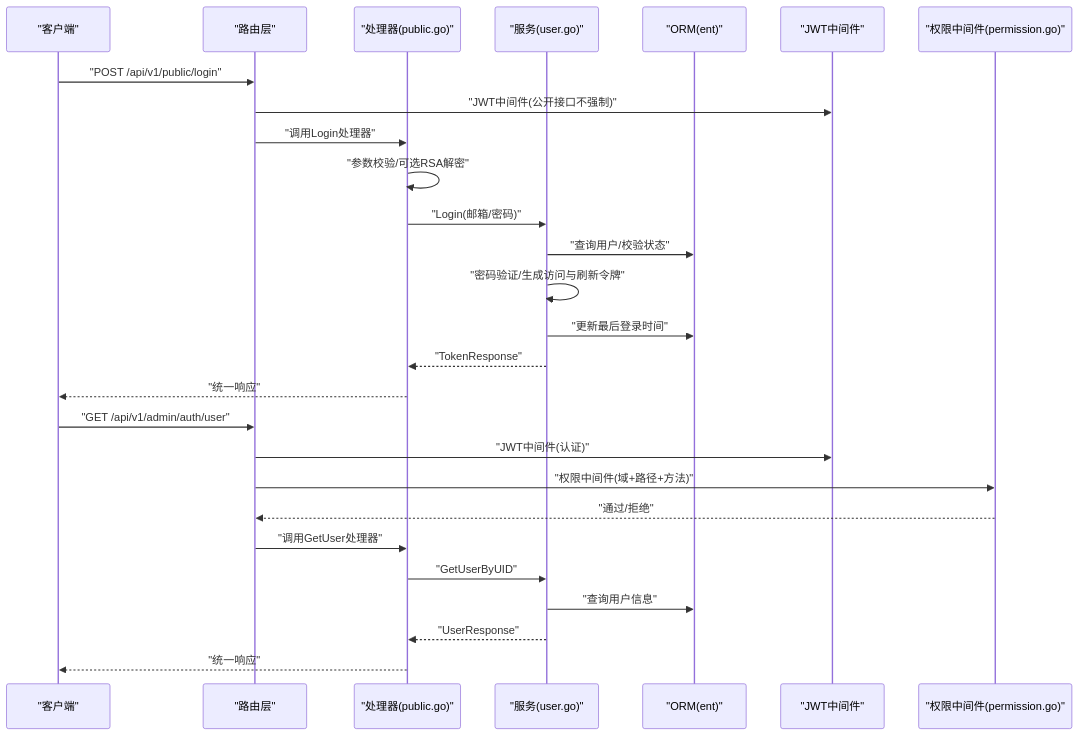
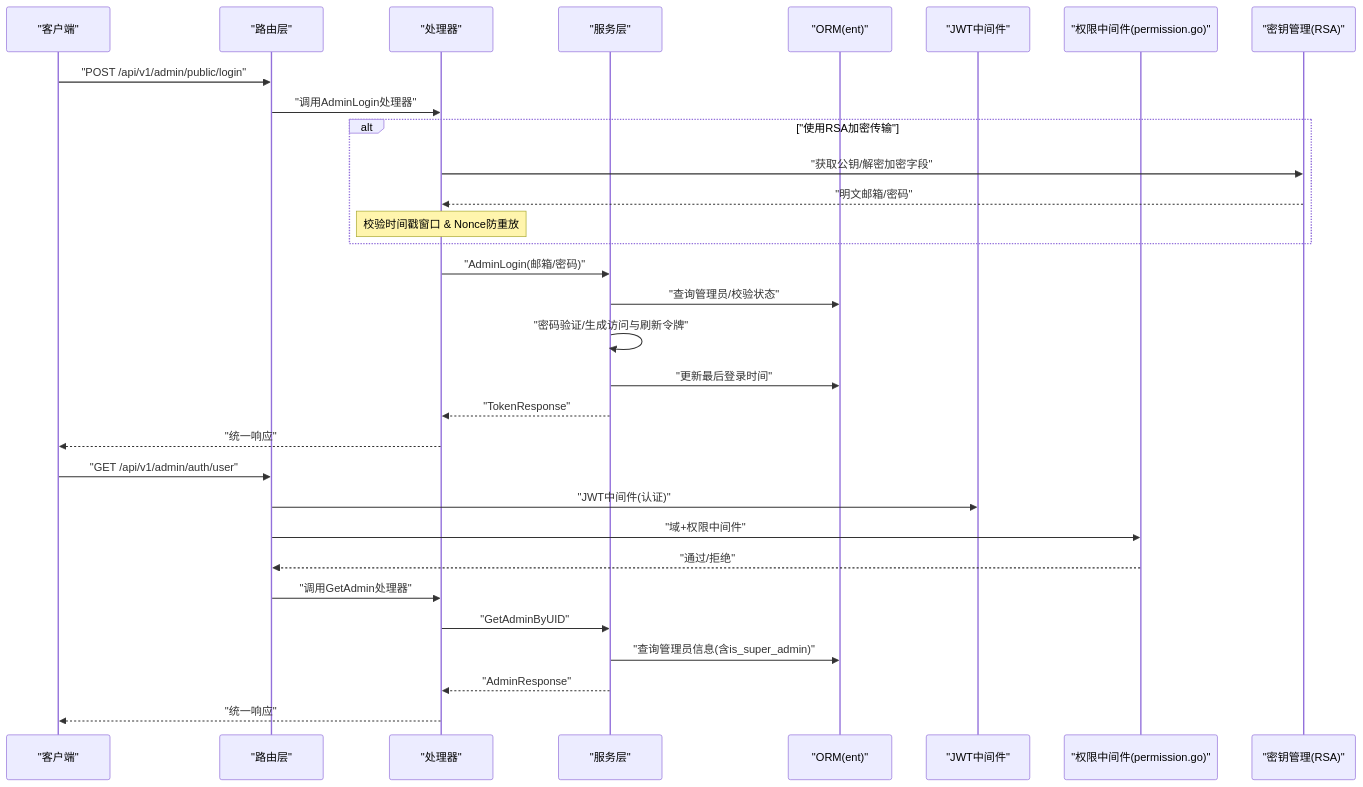
One commit to wuwuseo/e-sports-go-admin changed the second of 8 diagrams in .qoder/repowiki/zh/content/核心模块/用户认证模块.md. Above: the diagram before and after it, drawn with Mermaid. The commit also changed other lines of this file and 42 other files, not shown here.

````diff
--- a/.qoder/repowiki/zh/content/核心模块/用户认证模块.md
+++ b/.qoder/repowiki/zh/content/核心模块/用户认证模块.md
@@ -105,29 +116,33 @@
 ```mermaid
 sequenceDiagram
 participant C as "客户端"
 participant R as "路由层"
-participant H as "处理器(public.go)"
-participant S as "服务(user.go)"
+participant H as "处理器"
+participant S as "服务层"
 participant O as "ORM(ent)"
 participant J as "JWT中间件"
 participant P as "权限中间件(permission.go)"
-C->>R : "POST /api/v1/public/login"
-R->>J : "JWT中间件(公开接口不强制)"
-R->>H : "调用Login处理器"
-H->>H : "参数校验/可选RSA解密"
-H->>S : "Login(邮箱/密码)"
-S->>O : "查询用户/校验状态"
+participant K as "密钥管理(RSA)"
+C->>R : "POST /api/v1/admin/public/login"
+R->>H : "调用AdminLogin处理器"
+alt "使用RSA加密传输"
+H->>K : "获取公钥/解密加密字段"
+K-->>H : "明文邮箱/密码"
+Note over H : 校验时间戳窗口 & Nonce防重放
+end
+H->>S : "AdminLogin(邮箱/密码)"
+S->>O : "查询管理员/校验状态"
 S->>S : "密码验证/生成访问与刷新令牌"
 S->>O : "更新最后登录时间"
 S-->>H : "TokenResponse"
 H-->>C : "统一响应"
 C->>R : "GET /api/v1/admin/auth/user"
 R->>J : "JWT中间件(认证)"
-R->>P : "权限中间件(域+路径+方法)"
+R->>P : "域+权限中间件"
 P-->>R : "通过/拒绝"
-R->>H : "调用GetUser处理器"
-H->>S : "GetUserByUID"
-S->>O : "查询用户信息"
-S-->>H : "UserResponse"
+R->>H : "调用GetAdmin处理器"
+H->>S : "GetAdminByUID"
+S->>O : "查询管理员信息(含is_super_admin)"
+S-->>H : "AdminResponse"
 H-->>C : "统一响应"
 ```
````
